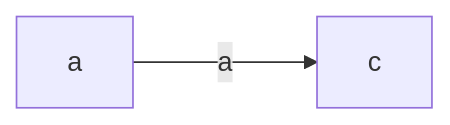
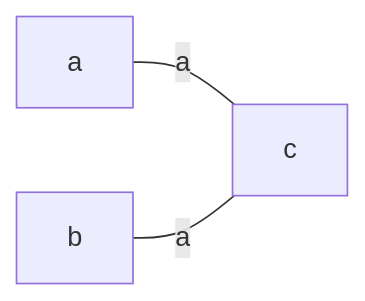
Before and after one commit to tnichols217/notes: the diagram in CSDS 281 - Logic Design/HW/3/Tables.md, drawn with Mermaid.

Commit message:
vault backup: 2024-02-14 13:15:39

````diff
--- a/CSDS 281 - Logic Design/HW/3/Tables.md
+++ b/CSDS 281 - Logic Design/HW/3/Tables.md
@@ -14,5 +14,6 @@
 ```mermaid
 flowchart LR
 
-a --->|a| c
+a ---|a| c
+b ---|a| c
 ```
````
